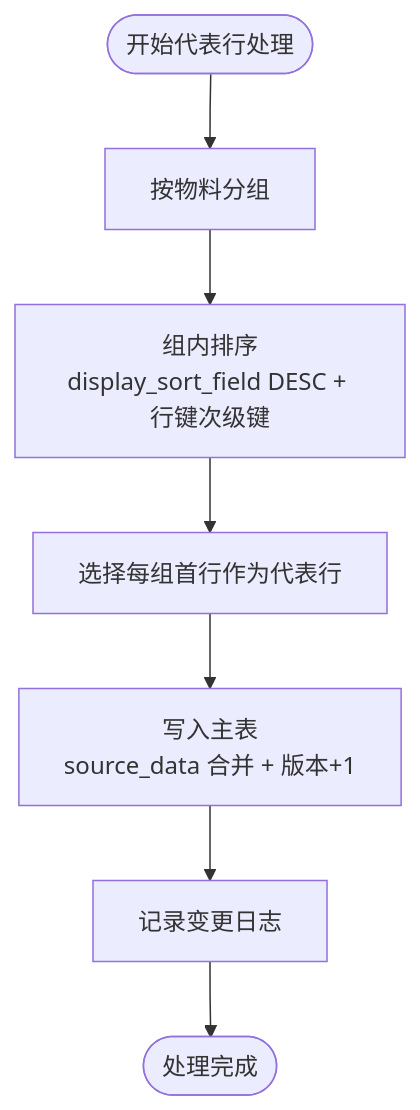
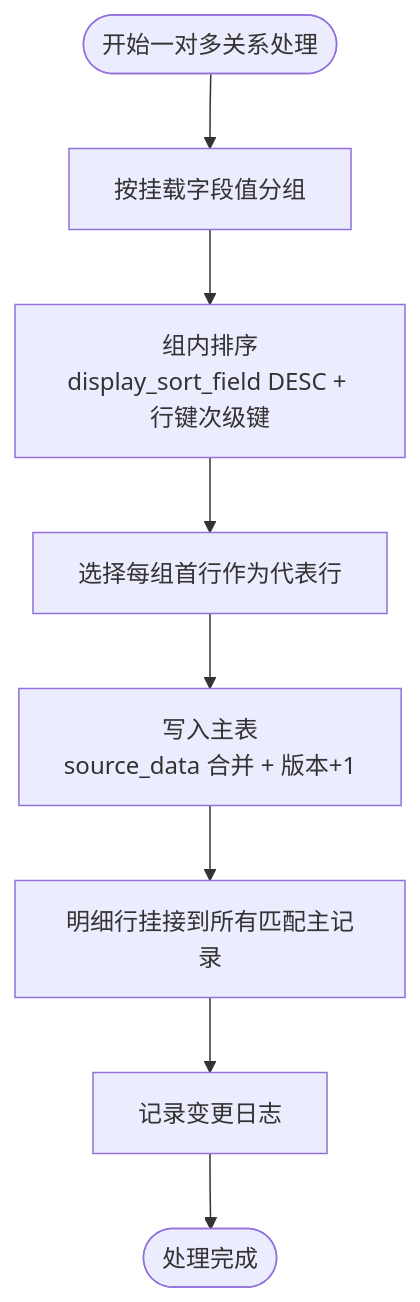
Before and after one commit to zyp-coder/Metadata: the eighth of 9 diagrams in .qoder/repowiki/zh/content/档案管理模块/档案管理模块.md, drawn with Mermaid. The commit also changed other lines of this file and 42 other files, not shown here.

````diff
--- a/.qoder/repowiki/zh/content/档案管理模块/档案管理模块.md
+++ b/.qoder/repowiki/zh/content/档案管理模块/档案管理模块.md
@@ -354,9 +355,10 @@
 ```mermaid
 flowchart TD
-Start(["开始代表行处理"]) --> GroupByMaterial["按物料分组"]
-GroupByMaterial --> SortRows["组内排序<br/>display_sort_field DESC + 行键次级键"]
+Start(["开始一对多关系处理"]) --> GroupByMount["按挂载字段值分组"]
+GroupByMount --> SortRows["组内排序<br/>display_sort_field DESC + 行键次级键"]
 SortRows --> SelectFirst["选择每组首行作为代表行"]
 SelectFirst --> WriteMainTable["写入主表<br/>source_data 合并 + 版本+1"]
-WriteMainTable --> ChangeLog["记录变更日志"]
+WriteMainTable --> DetailAttach["明细行挂接到所有匹配主记录"]
+DetailAttach --> ChangeLog["记录变更日志"]
 ChangeLog --> End(["处理完成"])
 ```
````
